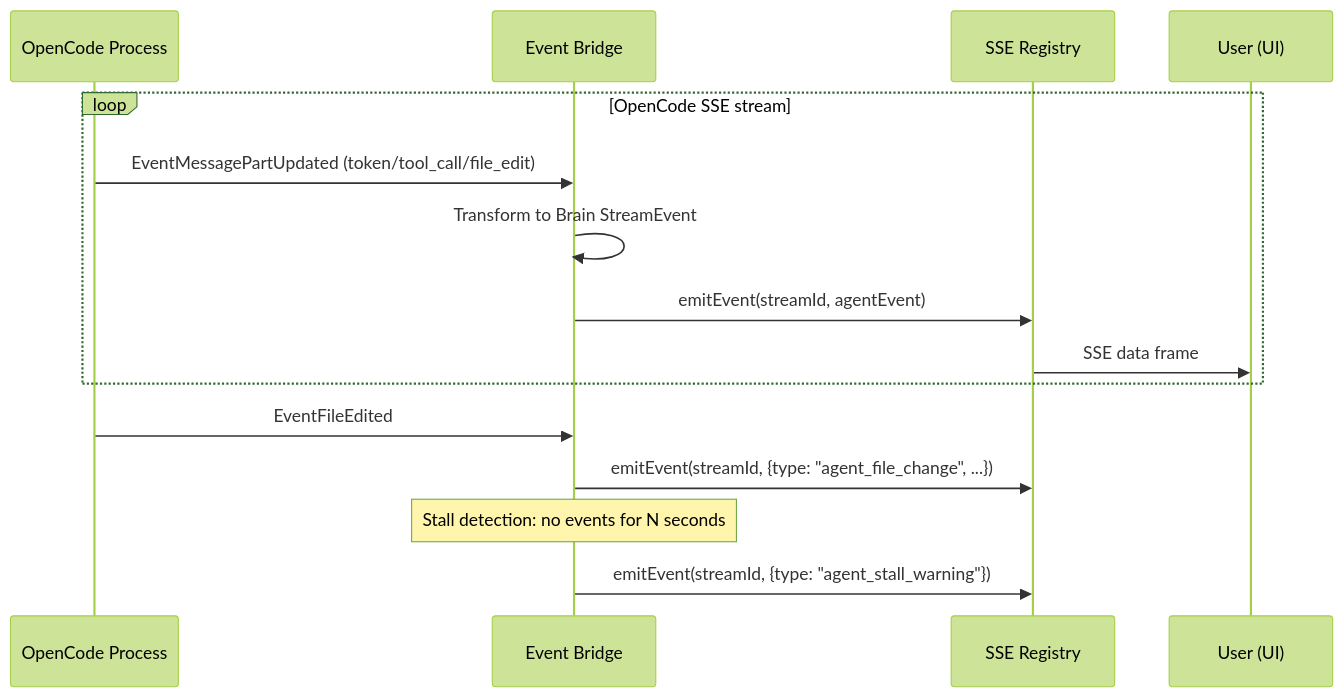
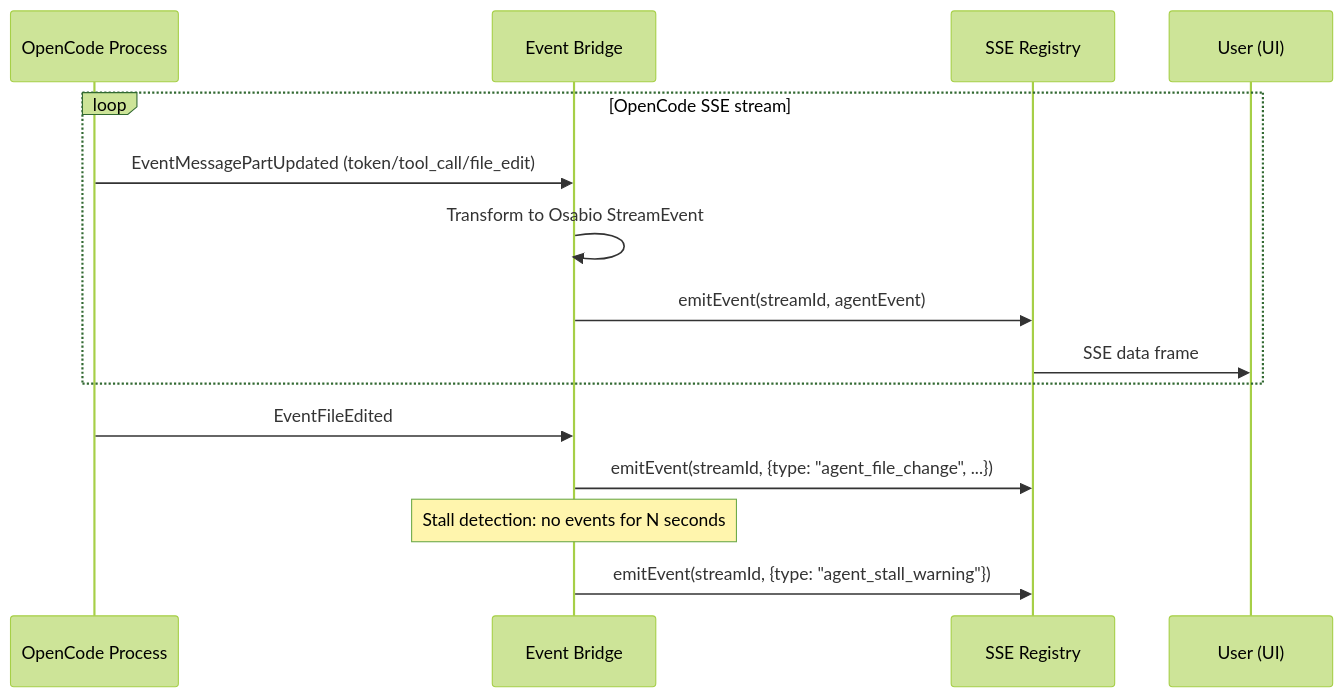
Before and after one commit to marcus-sa/osabio: the fifth of 6 diagrams in docs/feature/coding-agent-orchestrator/design/architecture-design.md, drawn with Mermaid (forest theme). The commit also changed other lines of this file and 525 other files, not shown here.

First line of the commit message:
refactor: rename brain to osabio (#203)

````diff
--- a/docs/feature/coding-agent-orchestrator/design/architecture-design.md
+++ b/docs/feature/coding-agent-orchestrator/design/architecture-design.md
@@ -186,20 +186,20 @@
 ```mermaid
 sequenceDiagram
     participant OC as OpenCode Process
     participant EB as Event Bridge
     participant SSE as SSE Registry
     participant UI as User (UI)
 
     loop OpenCode SSE stream
         OC->>EB: EventMessagePartUpdated (token/tool_call/file_edit)
-        EB->>EB: Transform to Brain StreamEvent
+        EB->>EB: Transform to Osabio StreamEvent
         EB->>SSE: emitEvent(streamId, agentEvent)
         SSE->>UI: SSE data frame
     end
 
     OC->>EB: EventFileEdited
     EB->>SSE: emitEvent(streamId, {type: "agent_file_change", ...})
 
     Note over EB: Stall detection: no events for N seconds
     EB->>SSE: emitEvent(streamId, {type: "agent_stall_warning"})
 ```
````
